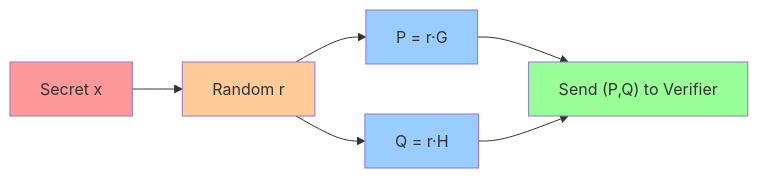
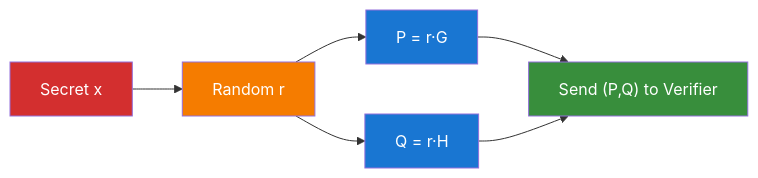
The first of 3 diagrams in packages/crypto/src/chaum-pedersen/PROTOCOL.md (teddyjfpender/starknet-kms), drawn with Mermaid before and after one commit. The commit also changed other lines of this file and 3 other files, not shown here.

````diff
--- a/packages/crypto/src/chaum-pedersen/PROTOCOL.md
+++ b/packages/crypto/src/chaum-pedersen/PROTOCOL.md
@@ -35,14 +35,14 @@
 ```mermaid
 graph LR
     A[Secret x] --> B[Random r]
     B --> C["P = r·G"]
     B --> D["Q = r·H"]
     C --> E["Send (P,Q) to Verifier"]
     D --> E
     
-    style A fill:#ff9999
-    style B fill:#ffcc99
-    style C fill:#99ccff
-    style D fill:#99ccff
-    style E fill:#99ff99
+    style A fill:#d32f2f,color:#fff
+    style B fill:#f57c00,color:#fff
+    style C fill:#1976d2,color:#fff
+    style D fill:#1976d2,color:#fff
+    style E fill:#388e3c,color:#fff
 ```
````
